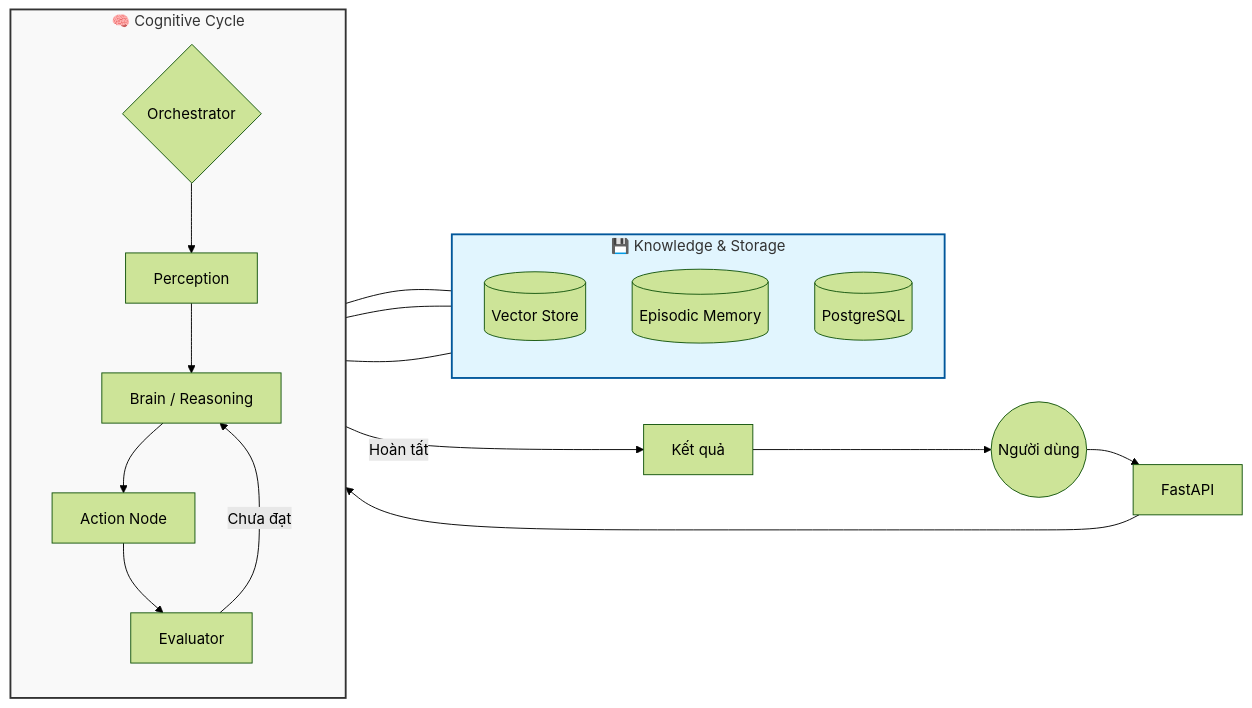
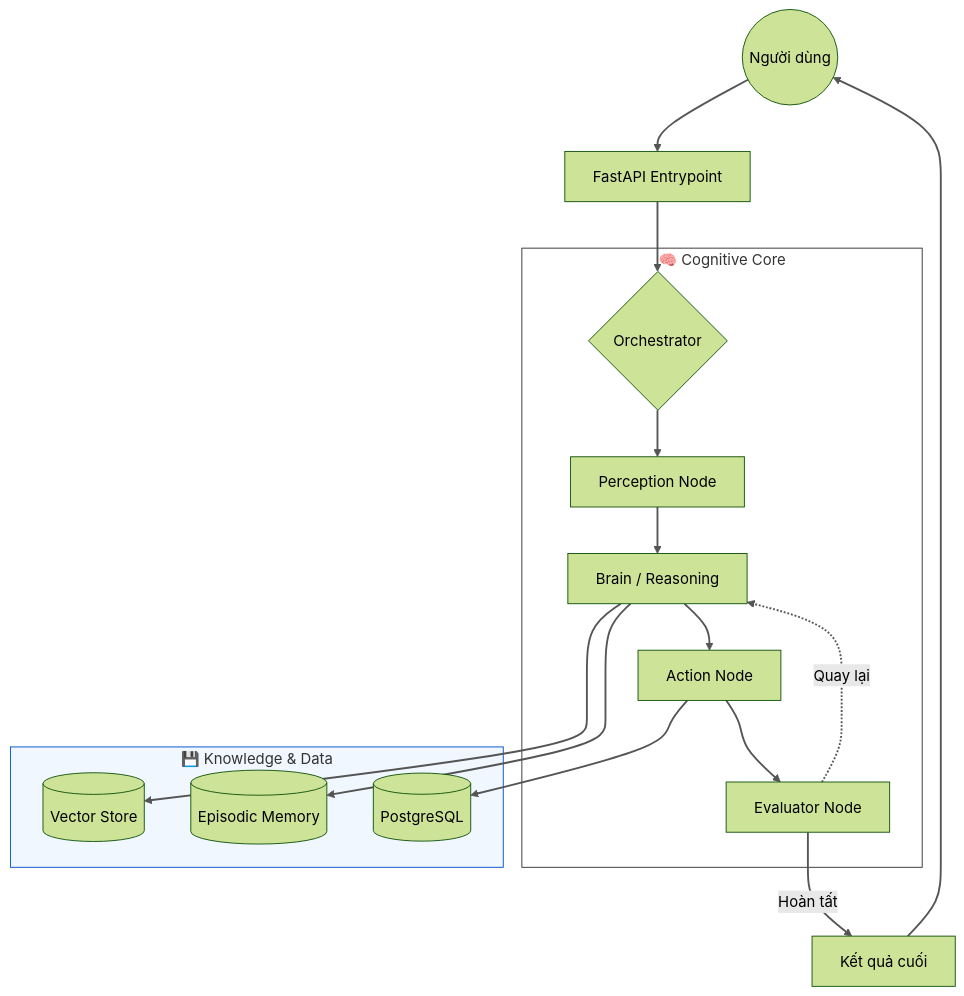
The diagram in README.md (phunhph/agentic_ai), drawn with Mermaid (forest theme) before and after one commit.

````diff
--- a/README.md
+++ b/README.md
@@ -15,30 +15,30 @@
 ```mermaid
-graph LR
-    User((Người dùng)) --> API[FastAPI]
+graph TD
+    User((Người dùng)) --> API[FastAPI Entrypoint]
     API --> Orch{Orchestrator}
 
-    subgraph Core [🧠 Cognitive Cycle]
-        direction TB
-        Orch --> Perc[Perception]
+    subgraph agent [🧠 Cognitive Core]
+        Orch --> Perc[Perception Node]
         Perc --> Brain[Brain / Reasoning]
         Brain --> Act[Action Node]
-        Act --> Eval[Evaluator]
-        Eval -->|Chưa đạt| Brain
+        Act --> Eval[Evaluator Node]
+        Eval -.->|Quay lại| Brain
     end
 
-    subgraph Data [💾 Knowledge & Storage]
-        direction TB
+    subgraph storage [💾 Knowledge & Data]
         RAG[(Vector Store)]
         Mem[(Episodic Memory)]
         DB[(PostgreSQL)]
     end
 
-    Brain --- RAG
-    Brain --- Mem
-    Act --- DB
-    Eval -->|Hoàn tất| Final[Kết quả]
+    Brain ==> RAG
+    Brain ==> Mem
+    Act ==> DB
+    Eval ==>|Hoàn tất| Final[Kết quả cuối]
     Final --> User
 
-    style Core fill:#f9f9f9,stroke:#333,stroke-width:2px
-    style Data fill:#e1f5fe,stroke:#01579b,stroke-width:2px
+    %% Styling for visibility
+    linkStyle default stroke:#555,stroke-width:2px
+    style agent fill:#fff,stroke:#333,stroke-width:1px
+    style storage fill:#f0f7ff,stroke:#0052cc,stroke-width:1px
 ```
````
